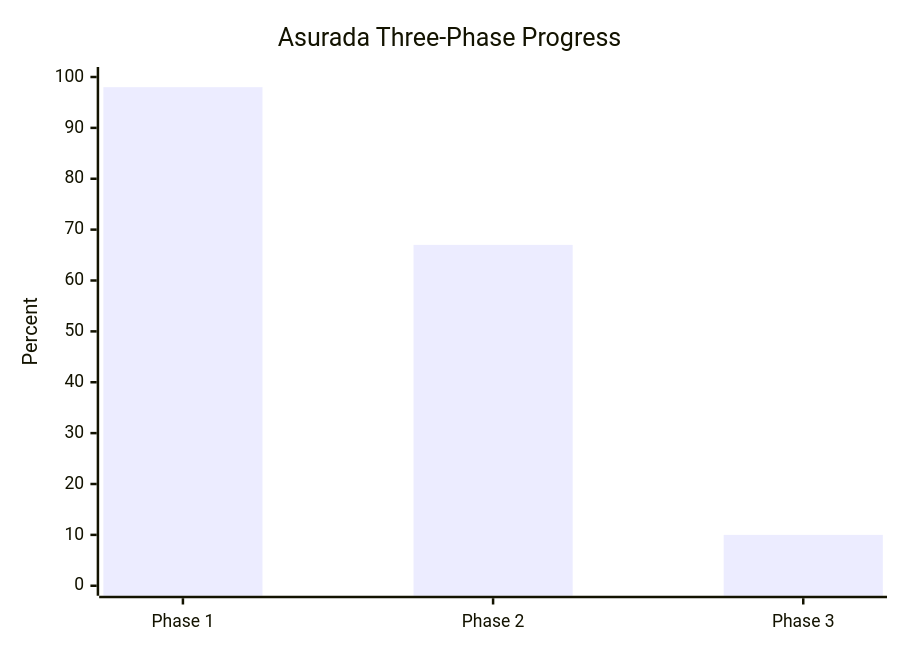
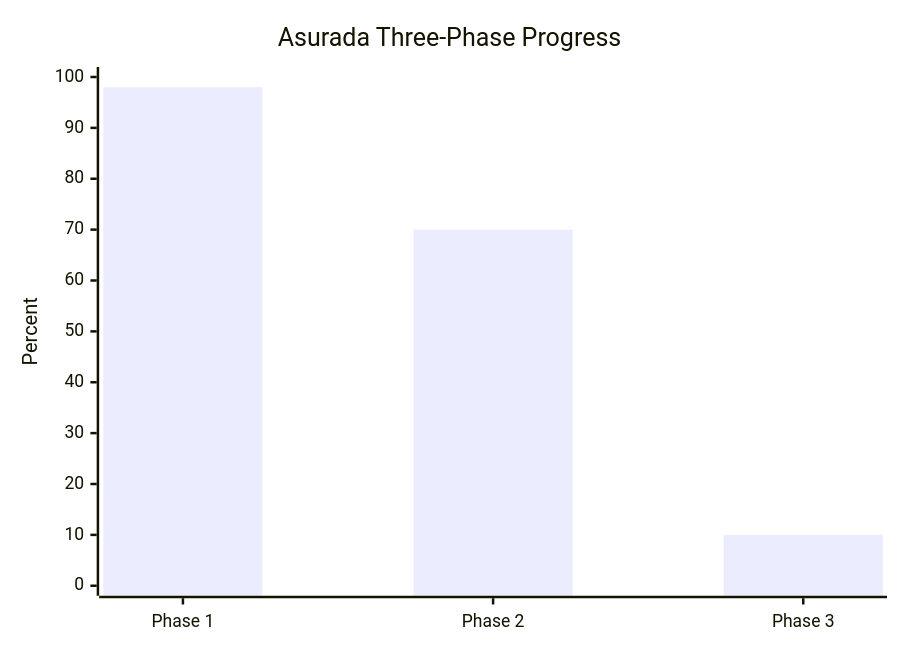
The first of 2 diagrams in README.md (Sn55555/Asurada), drawn with Mermaid before and after one commit. The commit also changed other lines of this file and 7 other files, not shown here.

````diff
--- a/README.md
+++ b/README.md
@@ -13,7 +13,7 @@
 ```mermaid
 xychart-beta
     title "Asurada Three-Phase Progress"
     x-axis ["Phase 1", "Phase 2", "Phase 3"]
     y-axis "Percent" 0 --> 100
-    bar [98, 67, 10]
+    bar [98, 70, 10]
 ```
````
